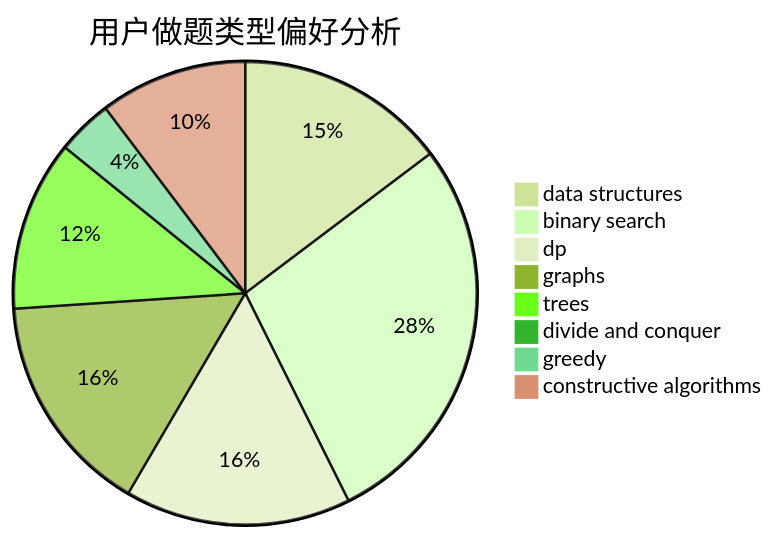
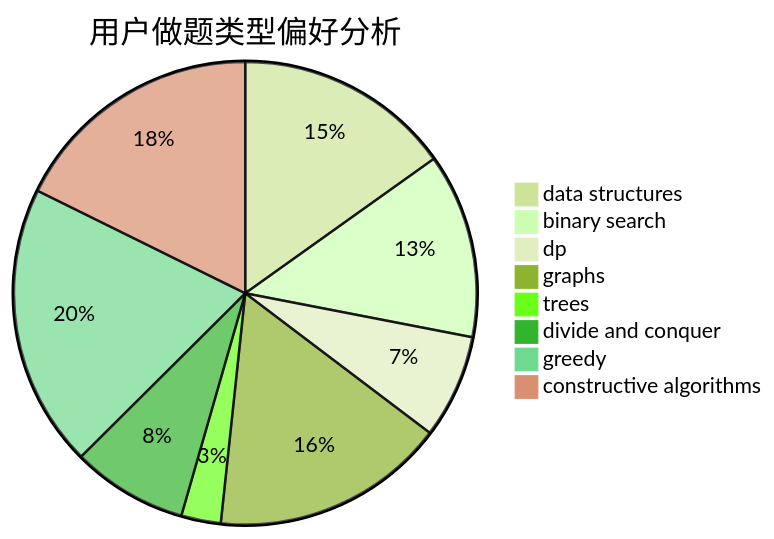
One commit to sherpahu/cfrs.github.io changed the second of 3 diagrams in docs/user/u1034.md. Above: the diagram before and after it, drawn with Mermaid (forest theme). The commit also changed other lines of this file and 2770 other files, not shown here.

````diff
--- a/docs/user/u1034.md
+++ b/docs/user/u1034.md
@@ -23,11 +23,11 @@
 ```mermaid
 pie title 用户做题类型偏好分析
-    "data structures" :  110
-    "binary search" :  209
-    "dp" :  118
-    "graphs" :  116
-    "trees" :  89
-    "divide and conquer" :  0
-    "greedy" :  29
-    "constructive algorithms" :  77
+    "data structures" :  148
+    "binary search" :  126
+    "dp" :  71
+    "graphs" :  160
+    "trees" :  27
+    "divide and conquer" :  79
+    "greedy" :  193
+    "constructive algorithms" :  173
 ```
````
